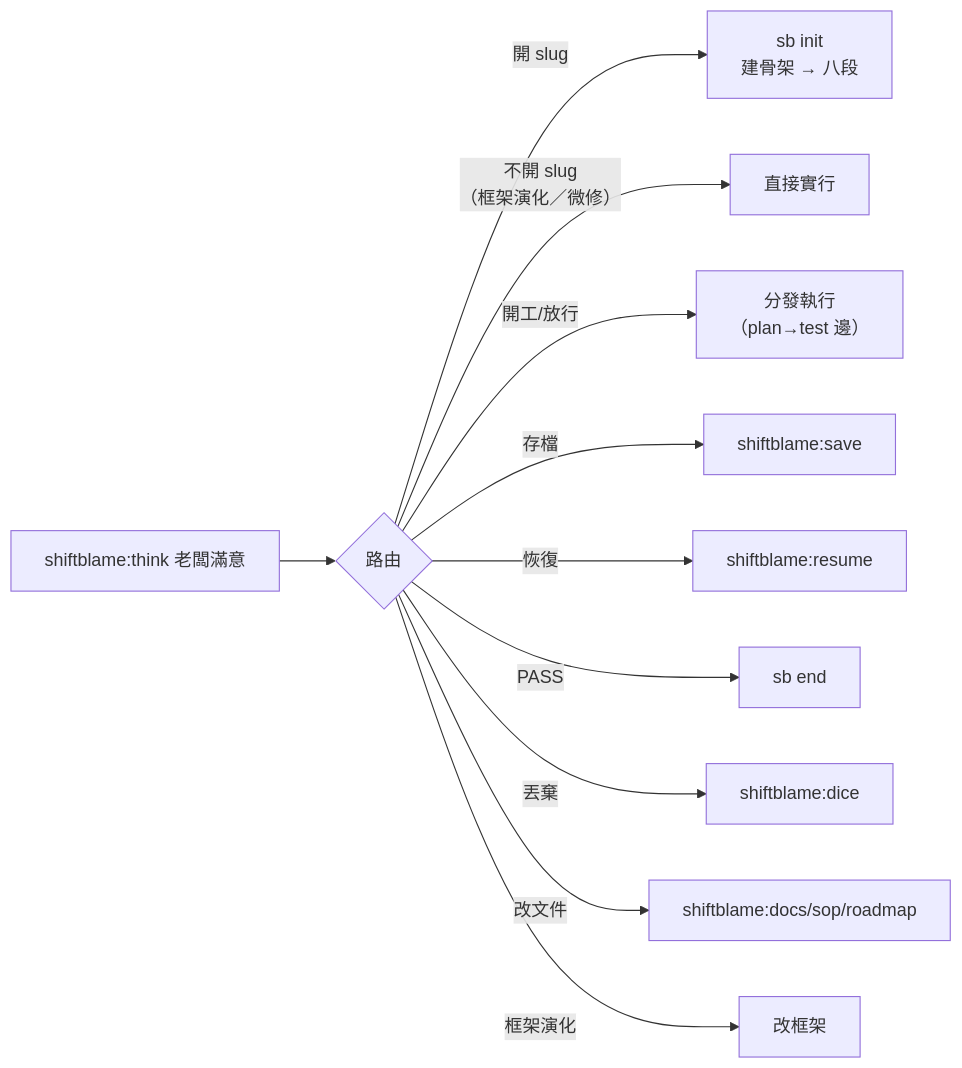
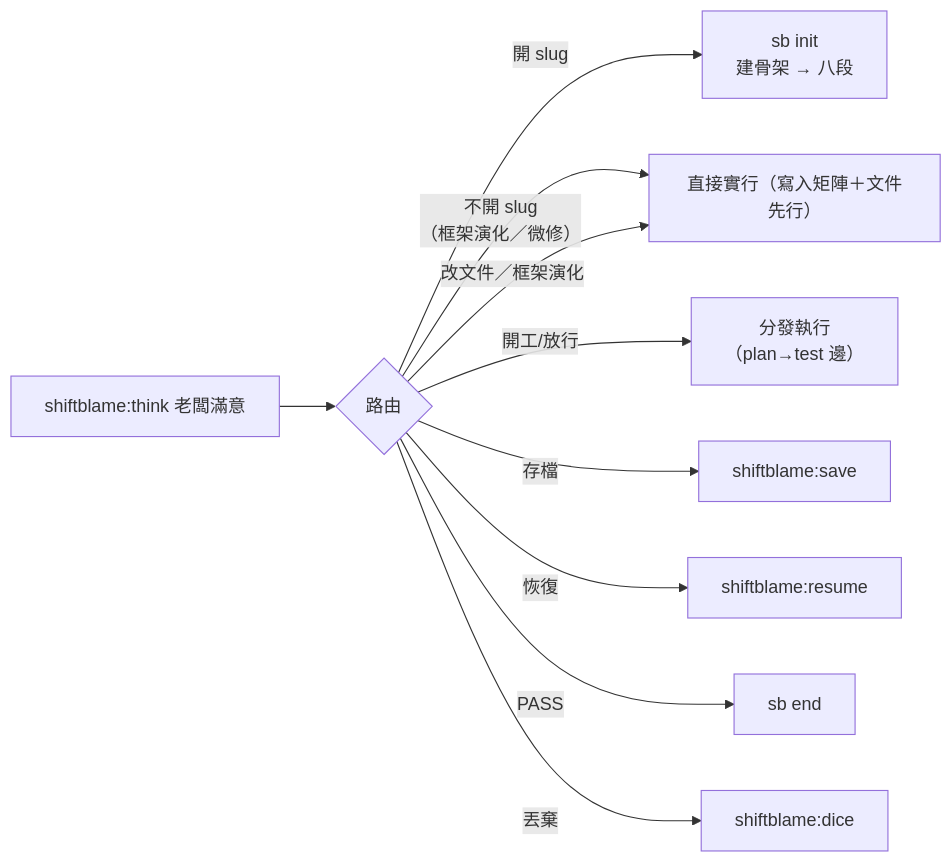
One commit to teps3105/shiftblame changed the fourth of 4 diagrams in skills/think/SKILL.md. Above: the diagram before and after it, drawn with Mermaid. The commit also changed other lines of this file and 21 other files, not shown here.

````diff
--- a/skills/think/SKILL.md
+++ b/skills/think/SKILL.md
@@ -103,13 +103,12 @@
 ```mermaid
 flowchart LR
     T["shiftblame:think 老闆滿意"] --> R{"路由"}
     R -- "開 slug" --> S["sb init<br/>建骨架 → 八段"]
     R -- "不開 slug<br/>（框架演化／微修）" --> D7["直接實行"]
     R -- 開工/放行 --> D1["分發執行<br/>（plan→test 邊）"]
     R -- 存檔 --> D2["shiftblame:save"]
     R -- 恢復 --> D3["shiftblame:resume"]
     R -- PASS --> D4["sb end"]
     R -- 丟棄 --> D5["shiftblame:dice"]
-    R -- 改文件 --> D6["shiftblame:docs/sop/roadmap"]
-    R -- 框架演化 --> D8["改框架"]
+    R -- 改文件／框架演化 --> D7["直接實行（寫入矩陣＋文件先行）"]
 ```
````
